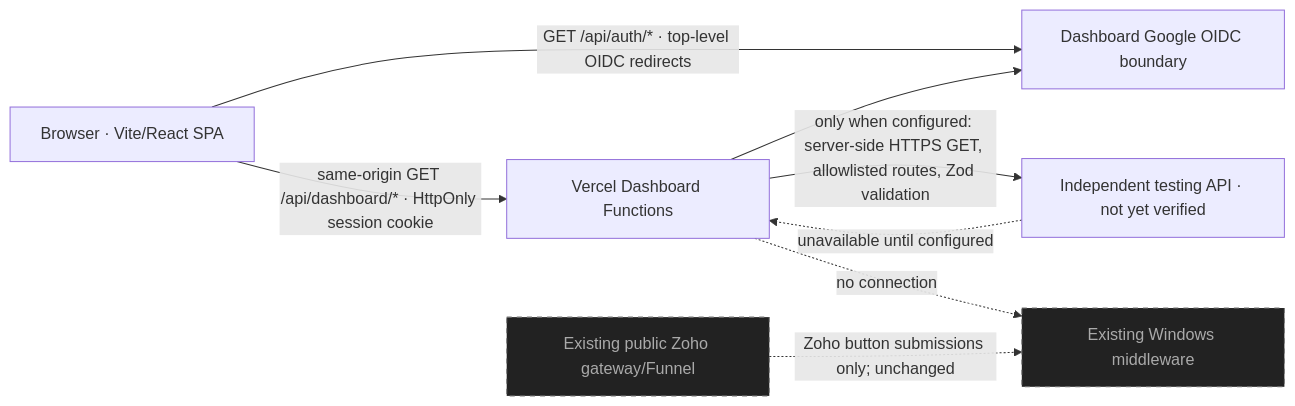
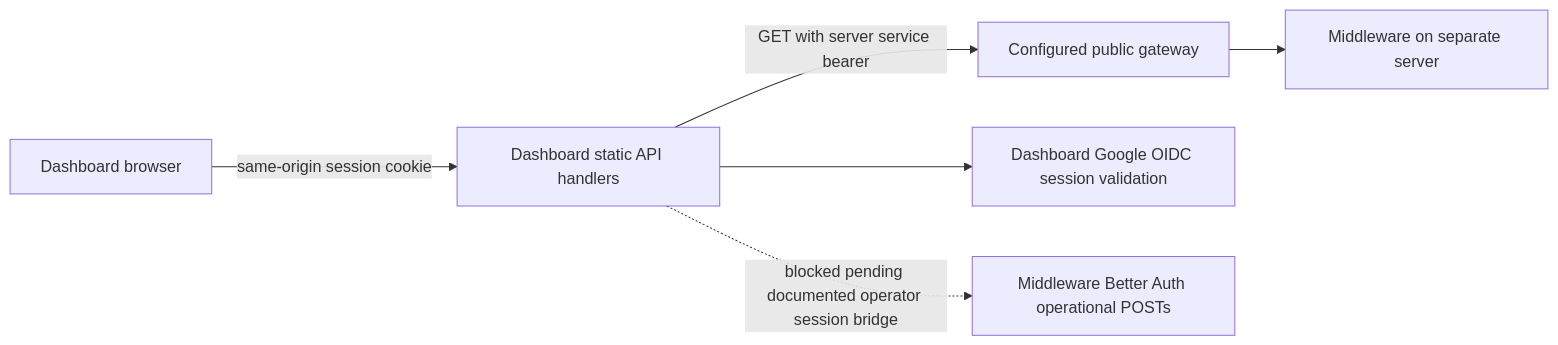
Before and after one commit to mcwachira/zoho-armco-dashboard: the diagram in docs/ARCHITECTURE.md, drawn with Mermaid. The commit also changed other lines of this file and 32 other files, not shown here.

Commit message:
feat(api): implement middleware gateway integration and operational endpoints

````diff
--- a/docs/ARCHITECTURE.md
+++ b/docs/ARCHITECTURE.md
@@ -3,13 +8,8 @@
 ```mermaid
 flowchart LR
-  Browser[Browser · Vite/React SPA] -->|same-origin GET /api/dashboard/* · HttpOnly session cookie| API[Vercel Dashboard Functions]
-  Browser -->|GET /api/auth/* · top-level OIDC redirects| Auth[Dashboard Google OIDC boundary]
-  API --> Auth
-  API -->|only when configured: server-side HTTPS GET, allowlisted routes, Zod validation| TestAPI[Independent testing API · not yet verified]
-  TestAPI -. unavailable until configured .-> API
-  LiveMiddleware[Existing Windows middleware]:::out
-  ExistingGateway[Existing public Zoho gateway/Funnel]:::out
-  API -. no connection .-> LiveMiddleware
-  ExistingGateway -. Zoho button submissions only; unchanged .-> LiveMiddleware
-  classDef out fill:#222,stroke:#777,color:#aaa,stroke-dasharray: 5 5
+  Browser[Dashboard browser] -->|same-origin session cookie| API[Dashboard static API handlers]
+  API -->|GET with server service bearer| Gateway[Configured public gateway]
+  Gateway --> Middleware[Middleware on separate server]
+  API --> Auth[Dashboard Google OIDC session validation]
+  API -. blocked pending documented operator session bridge .-> Actions[Middleware Better Auth operational POSTs]
 ```
````
